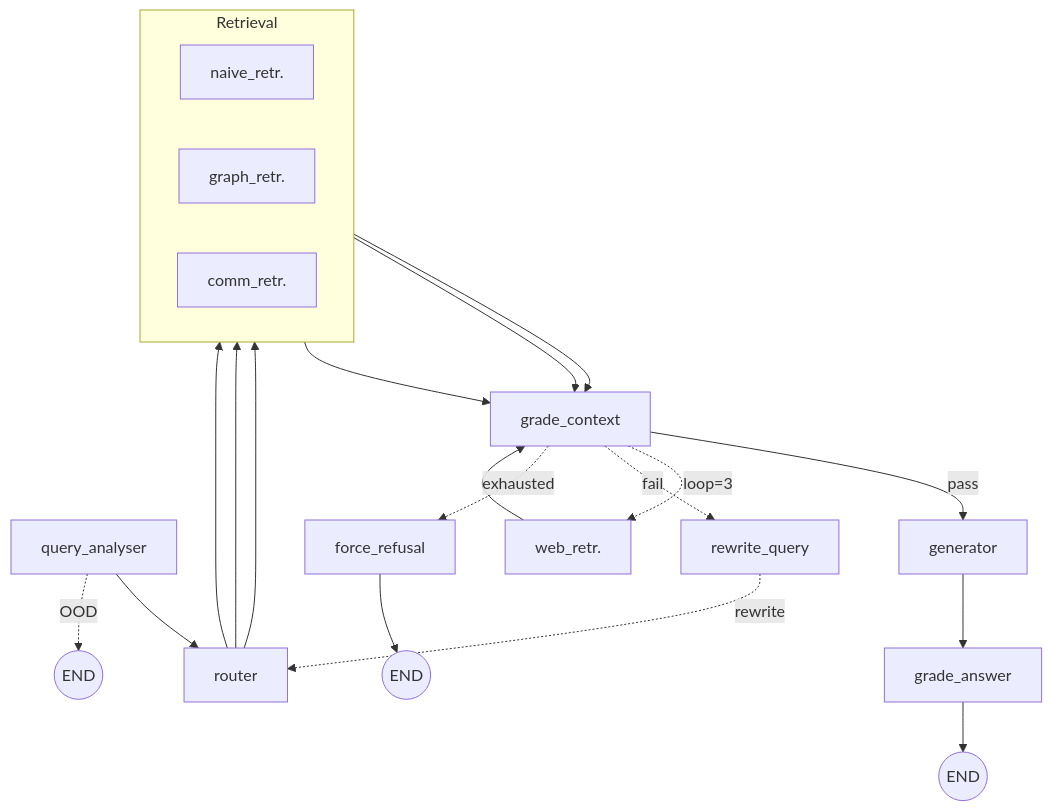
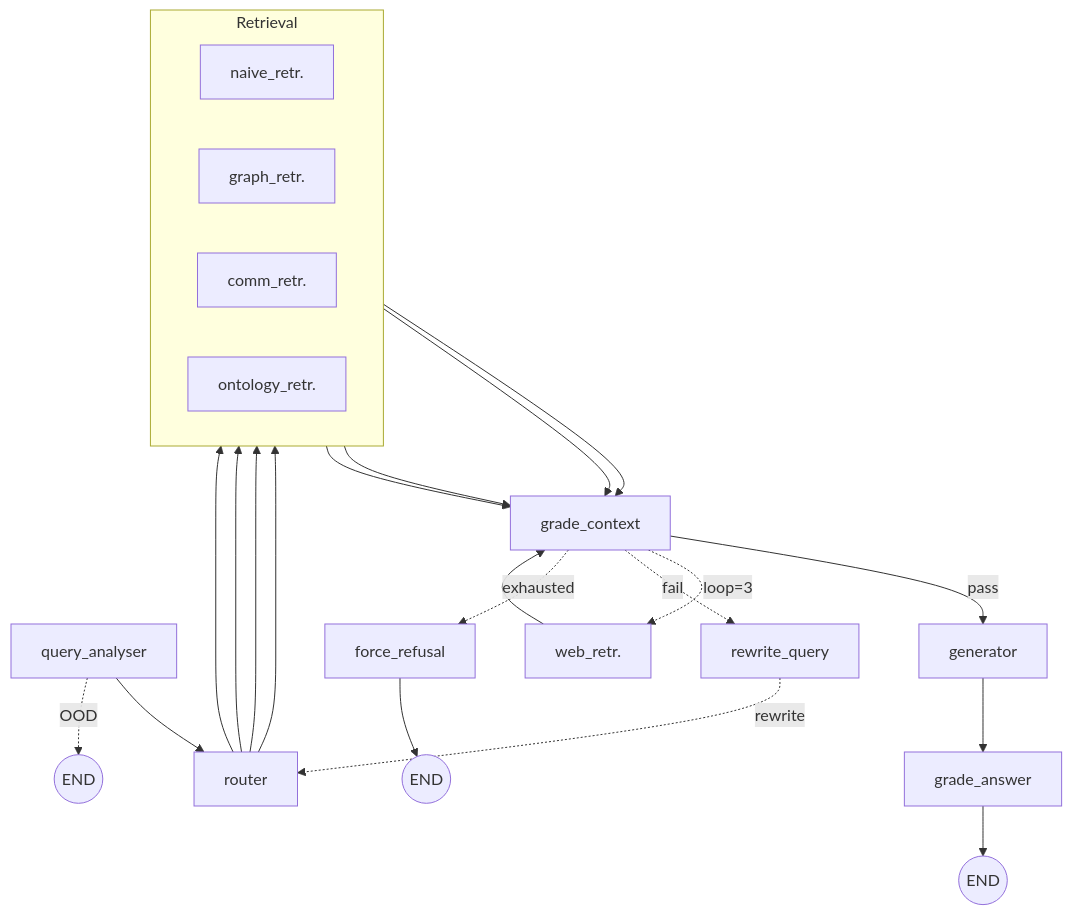
One commit to VinaySampath14/agentic-graph-rag changed the diagram in README.md. Above: the diagram before and after it, drawn with Mermaid. The commit also changed other lines of this file, not shown here.

Commit message:
docs: update README for ontology fourth retrieval mode

````diff
--- a/README.md
+++ b/README.md
@@ -70,49 +70,52 @@
 ```mermaid
 flowchart TD
 
     QA["query_analyser"]
     RT["router"]
 
     subgraph Retrieval
         direction LR
         NR["naive_retr."]
         GR["graph_retr."]
         CR["comm_retr."]
+        OR["ontology_retr."]
     end
 
     GC["grade_context"]
     RW["rewrite_query"]
     WEB["web_retr."]
     GEN["generator"]
     FR["force_refusal"]
     GA["grade_answer"]
 
     END1((END))
     END2((END))
     END3((END))
 
     QA --> RT
 
     RT --> NR
     RT --> GR
     RT --> CR
+    RT --> OR
 
     NR --> GC
     GR --> GC
     CR --> GC
+    OR --> GC
 
     GC -->|pass| GEN
     GEN --> GA
     GA --> END1
 
     GC -.->|loop=3| WEB
     WEB --> GC
 
     GC -.->|fail| RW
     RW -.->|rewrite| RT
 
     GC -.->|exhausted| FR
     FR --> END2
 
     QA -.->|OOD| END3
 ```
````
